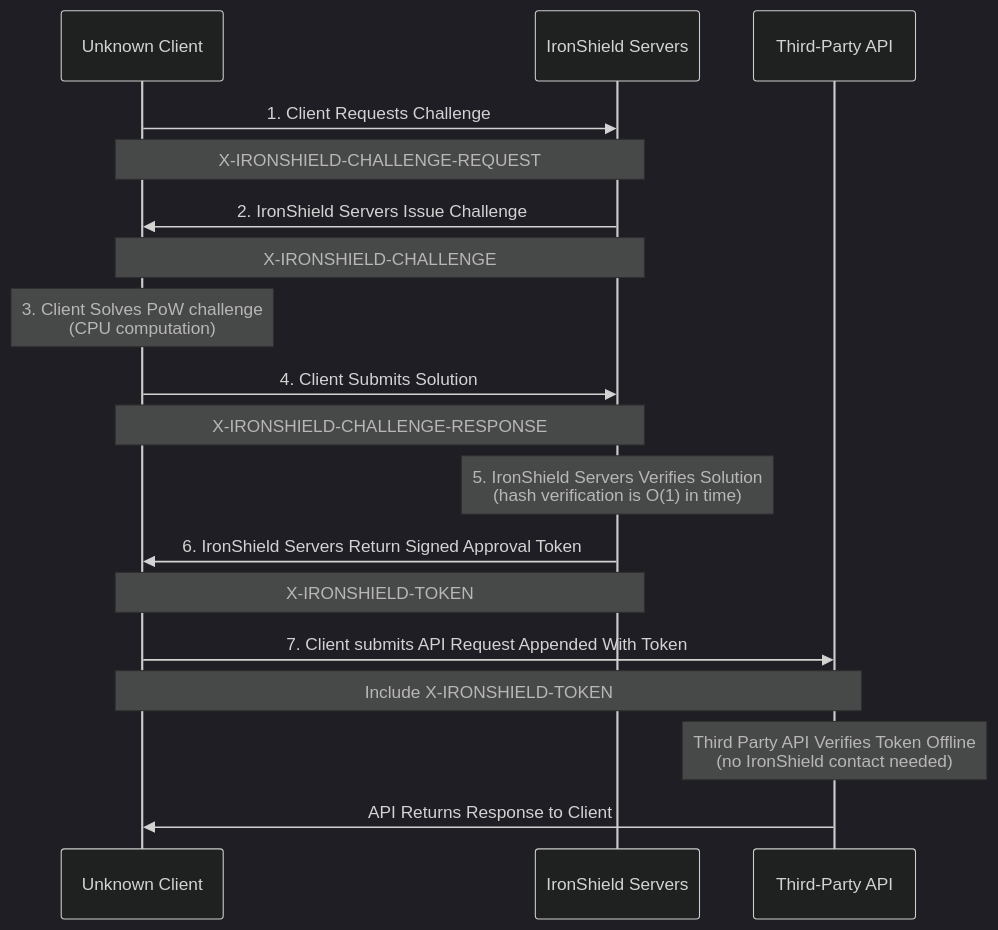
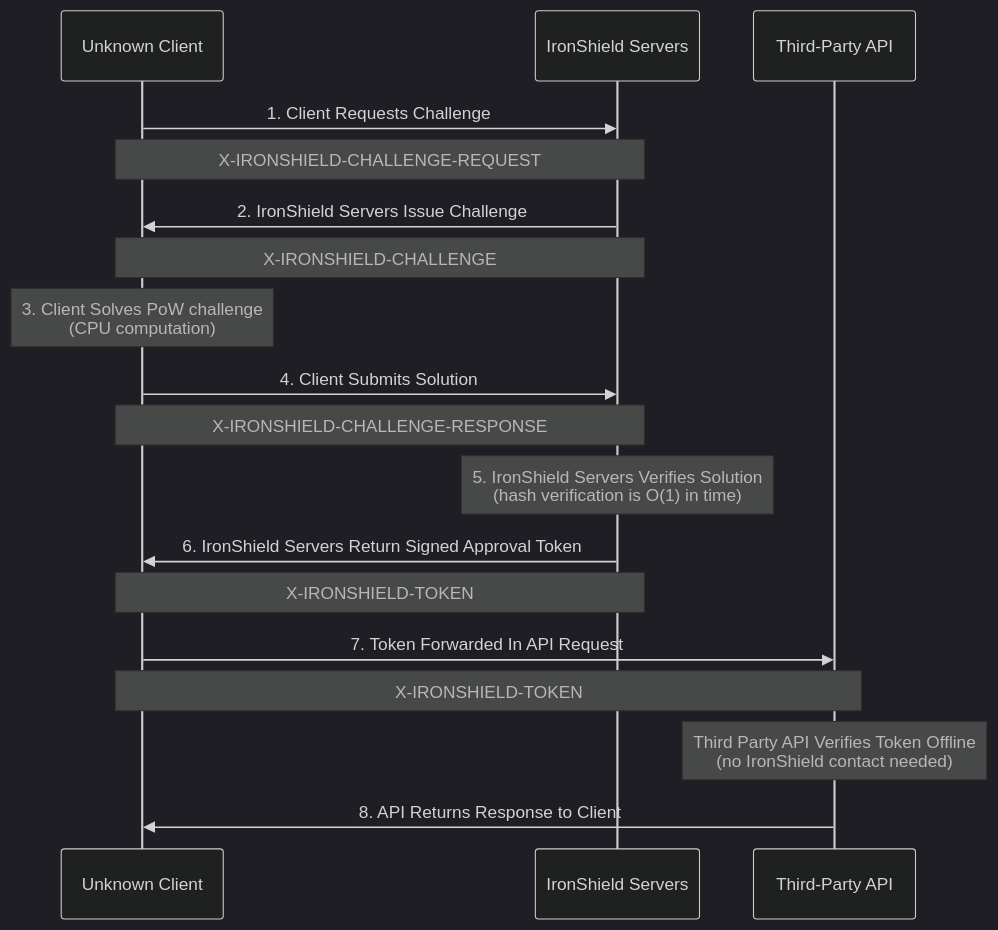
One commit to IronShield-Tech/ironshield-docs changed the diagram in docs/platforms/api.md. Above: the diagram before and after it, drawn with Mermaid (dark theme). The commit also changed other lines of this file, not shown here.

Commit message:
got the chart to at least display what we need right now

````diff
--- a/docs/platforms/api.md
+++ b/docs/platforms/api.md
@@ -25,37 +25,37 @@
 ```mermaid
 sequenceDiagram
     participant Client as Unknown Client
     participant IronShield as IronShield Servers
     participant API as Third-Party API
     
         Client->>IronShield: 1. Client Requests Challenge
     Note over Client,IronShield: X-IRONSHIELD-CHALLENGE-REQUEST
     
     
     IronShield->>Client: 2. IronShield Servers Issue Challenge
     Note over Client,IronShield: X-IRONSHIELD-CHALLENGE
     
     
     Note over Client: 3. Client Solves PoW challenge<br/>(CPU computation)
     
     
     Client->>IronShield: 4. Client Submits Solution
     Note over Client,IronShield: X-IRONSHIELD-CHALLENGE-RESPONSE
     
     
     Note over IronShield: 5. IronShield Servers Verifies Solution<br/>(hash verification is O(1) in time)
     
     
     IronShield->>Client: 6. IronShield Servers Return Signed Approval Token
     Note over Client,IronShield: X-IRONSHIELD-TOKEN
     
     
-    Client->>API: 7. Client submits API Request Appended With Token
-    Note over Client,API: Include X-IRONSHIELD-TOKEN
+    Client->>API: 7. Token Forwarded In API Request
+    Note over Client,API: X-IRONSHIELD-TOKEN
     
     
     Note over API: Third Party API Verifies Token Offline<br/>(no IronShield contact needed)
     
     
-    API->>Client: API Returns Response to Client
+    API->>Client: 8. API Returns Response to Client
 ```
````
